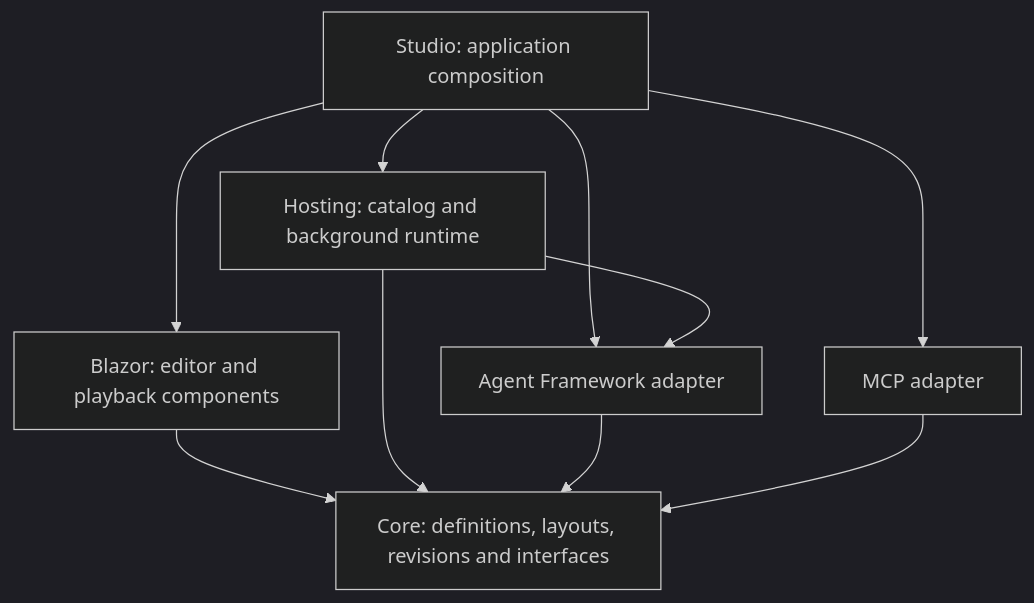
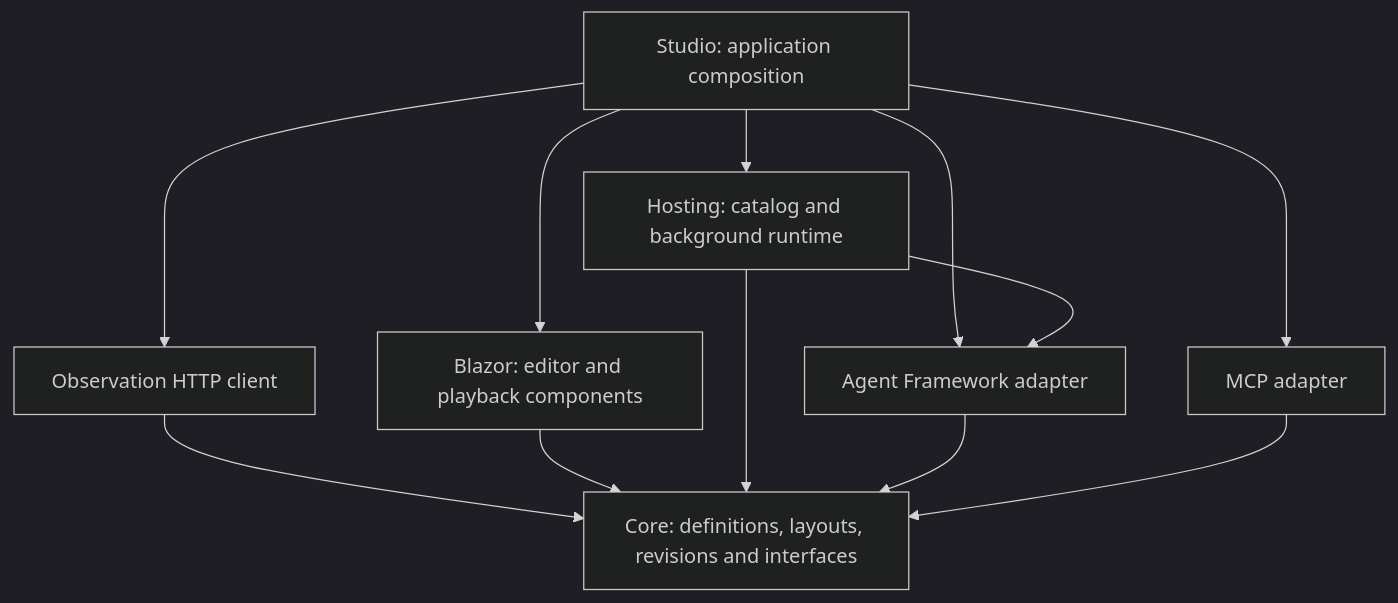
The first of 3 diagrams in docs/architecture.md (gnalvesteffer/visual-agent-workflow), drawn with Mermaid (dark theme) before and after one commit. The commit also changed other lines of this file and 44 other files, not shown here.

Commit message:
Add opt-in consumer observation API and embeddable remote graph viewer

````diff
--- a/docs/architecture.md
+++ b/docs/architecture.md
@@ -13,12 +13,14 @@
 ```mermaid
 flowchart TB
     Studio["Studio: application composition"] --> Blazor["Blazor: editor and playback components"]
     Studio --> Hosting["Hosting: catalog and background runtime"]
     Studio --> Agents["Agent Framework adapter"]
     Studio --> Mcp["MCP adapter"]
+    Studio --> Http["Observation HTTP client"]
+    Http --> Core
     Hosting --> Agents
     Blazor --> Core["Core: definitions, layouts, revisions and interfaces"]
     Hosting --> Core
     Agents --> Core
     Mcp --> Core
 ```
````
